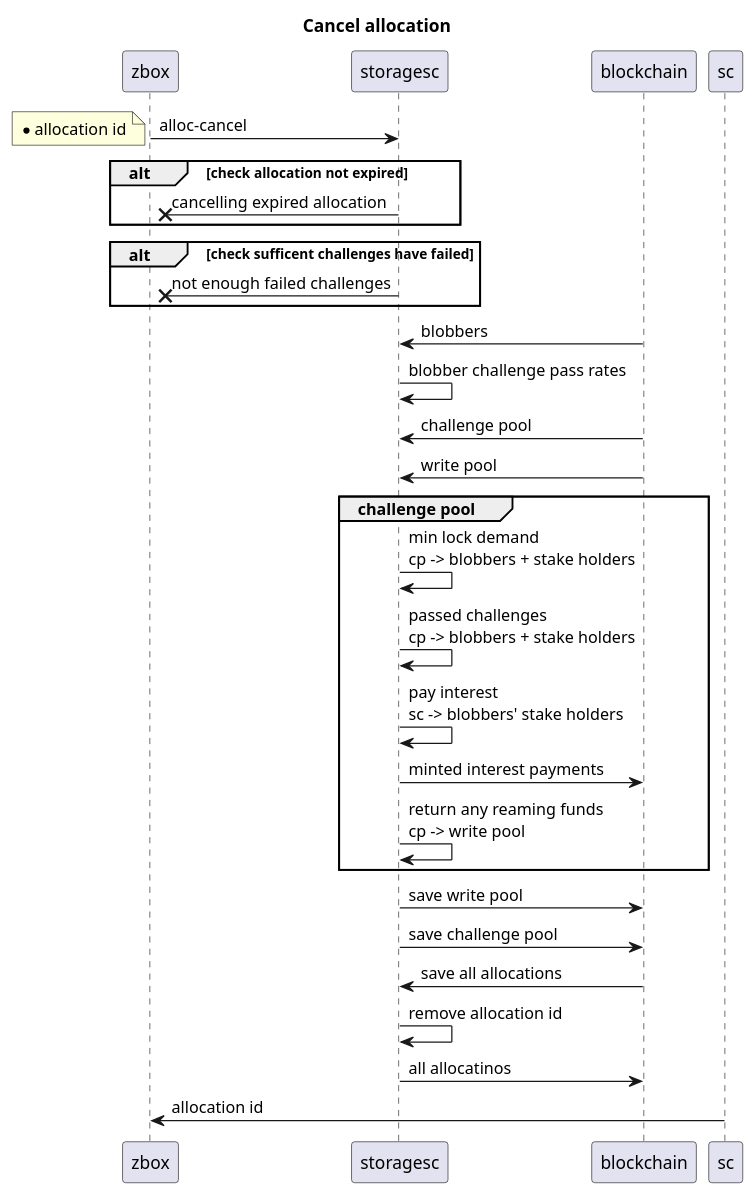
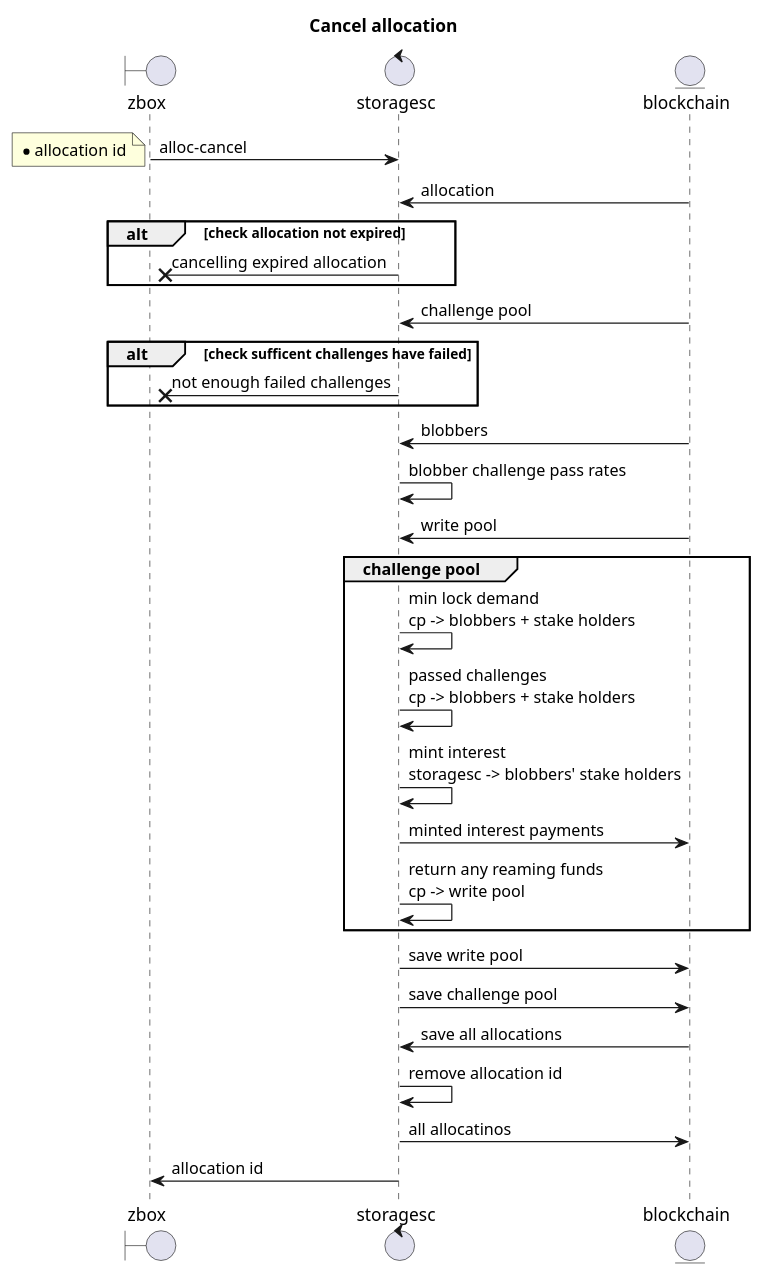
One commit to 0chain/zboxcli changed diagram 21 of 32 in documents/uml.md. Above: the diagram before and after it, drawn with PlantUML. The commit also changed other lines of this file and 1 other file, not shown here.

````diff
--- a/documents/uml.md
+++ b/documents/uml.md
@@ -458,30 +462,34 @@
  ```puml
 title Cancel allocation
+boundary zbox 
+control storagesc
+entity blockchain
 zbox ->storagesc: alloc-cancel 
 note left
     * allocation id
 end note
+    blockchain -> storagesc : allocation
     alt check allocation not expired
        storagesc->x zbox : cancelling expired allocation
     end
+    blockchain ->storagesc: challenge pool
     alt check sufficent challenges have failed
        storagesc->x zbox : not enough failed challenges
     end
     blockchain ->storagesc:blobbers
-   storagesc->storagesc: blobber challenge pass rates
-    blockchain ->storagesc: challenge pool
+    storagesc->storagesc: blobber challenge pass rates
     blockchain ->storagesc: write pool   
     group challenge pool
        storagesc->storagesc: min lock demand\ncp -> blobbers + stake holders
        storagesc->storagesc: passed challenges\ncp -> blobbers + stake holders
-       storagesc->storagesc: pay interest\nsc -> blobbers' stake holders 
+       storagesc->storagesc: mint interest\nstoragesc -> blobbers' stake holders 
        storagesc-> blockchain : minted interest payments
        storagesc->storagesc: return any reaming funds\ncp -> write pool
     end
    storagesc-> blockchain : save write pool
    storagesc-> blockchain : save challenge pool
     blockchain ->storagesc: save all allocations
    storagesc->storagesc: remove allocation id 
    storagesc-> blockchain : all allocatinos    
-sc -> zbox : allocation id 
+storagesc -> zbox : allocation id 
 ```
````
